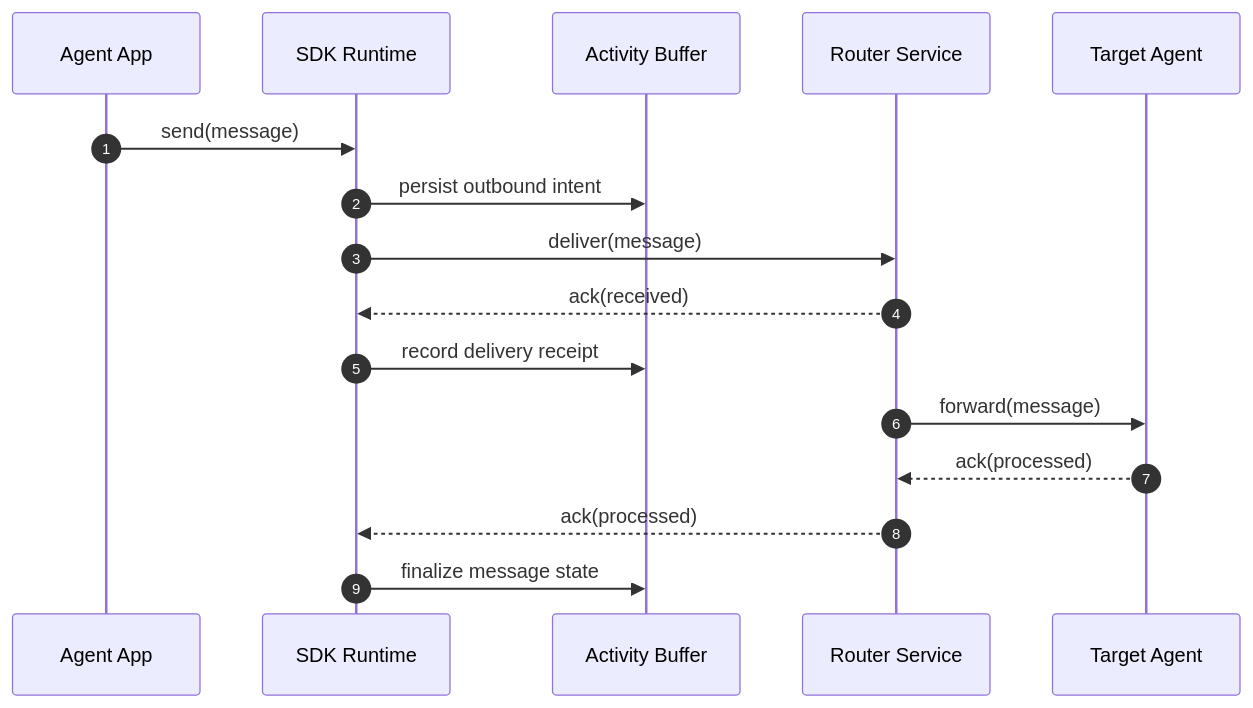
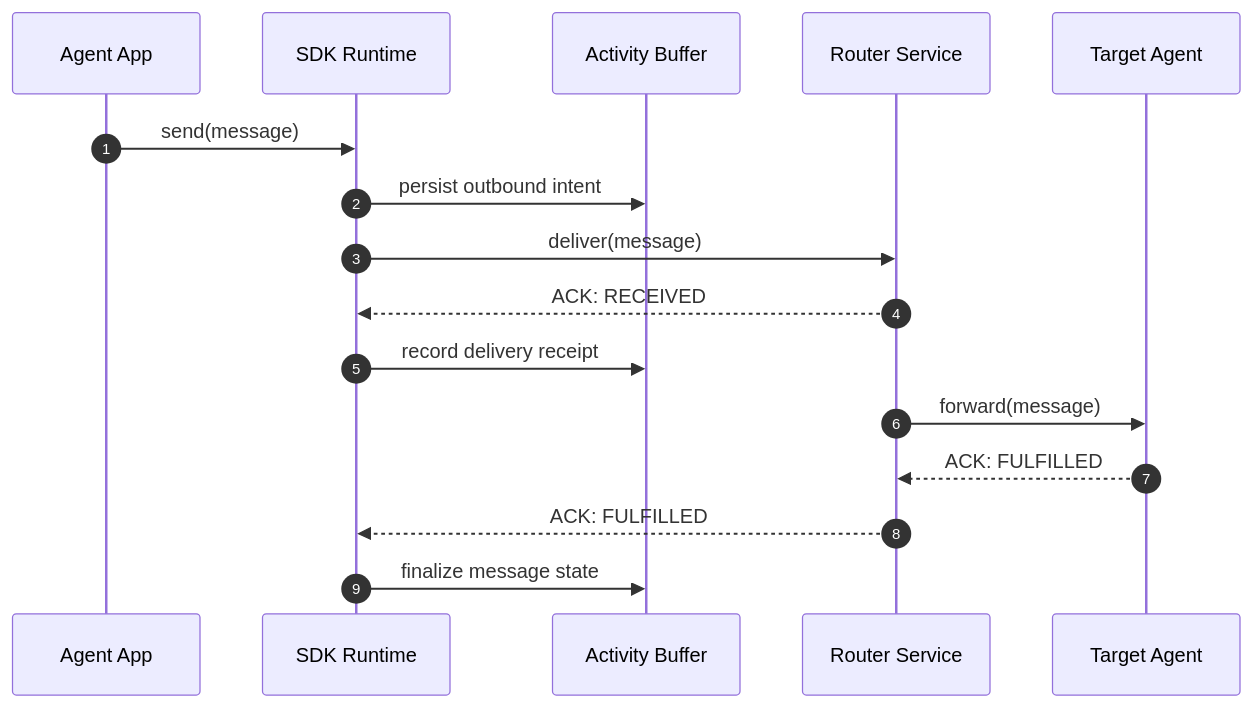
One commit to rahulrajaram/sw4rm changed the second of 3 diagrams in documentation/architecture/index.md. Above: the diagram before and after it, drawn with Mermaid. The commit also changed other lines of this file and 7 other files, not shown here.

````diff
--- a/documentation/architecture/index.md
+++ b/documentation/architecture/index.md
@@ -77,19 +80,19 @@
 ```mermaid
 sequenceDiagram
     autonumber
     participant APP as Agent App
     participant SDK as SDK Runtime
     participant AB as Activity Buffer
     participant RTR as Router Service
     participant TGT as Target Agent
 
     APP->>SDK: send(message)
     SDK->>AB: persist outbound intent
     SDK->>RTR: deliver(message)
-    RTR-->>SDK: ack(received)
+    RTR-->>SDK: ACK: RECEIVED
     SDK->>AB: record delivery receipt
     RTR->>TGT: forward(message)
-    TGT-->>RTR: ack(processed)
-    RTR-->>SDK: ack(processed)
+    TGT-->>RTR: ACK: FULFILLED
+    RTR-->>SDK: ACK: FULFILLED
     SDK->>AB: finalize message state
 ```
````
